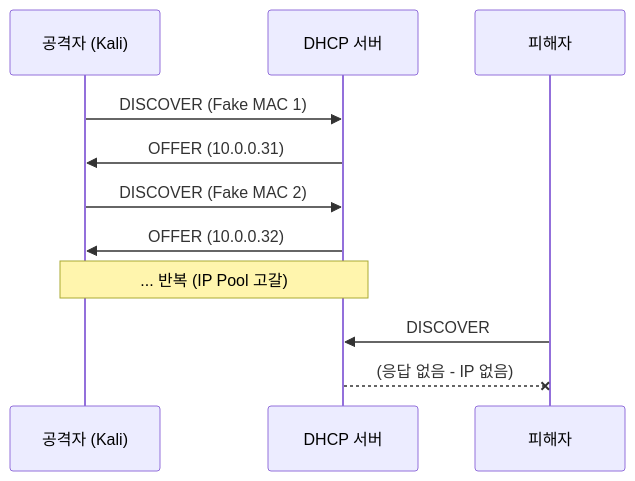
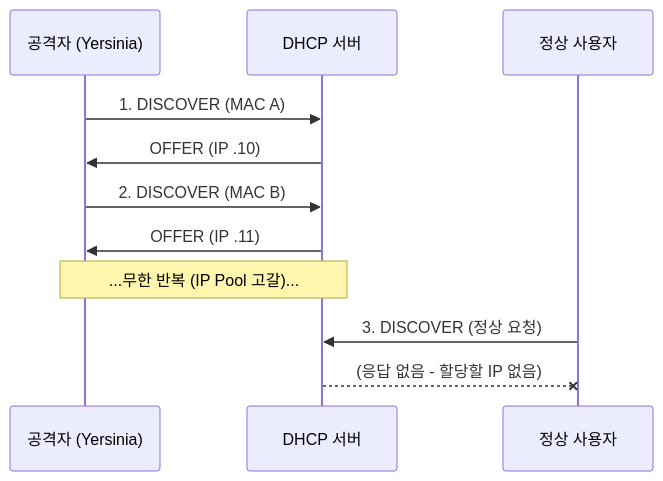
Before and after one commit to HamaPr/HamaPr.github.io: the diagram in _posts/hacking-tools/2025-11-07-Yersinia_study.md, drawn with Mermaid. The commit also changed other lines of this file and 94 other files, not shown here.

````diff
--- a/_posts/hacking-tools/2025-11-07-Yersinia_study.md
+++ b/_posts/hacking-tools/2025-11-07-Yersinia_study.md
@@ -24,14 +20,14 @@
 ```mermaid
 sequenceDiagram
-    participant A as 공격자 (Kali)
-    participant D as DHCP 서버
-    participant V as 피해자
+    participant Attacker as 공격자 (Yersinia)
+    participant Server as DHCP 서버
+    participant Victim as 정상 사용자
 
-    A->>D: DISCOVER (Fake MAC 1)
-    D->>A: OFFER (10.0.0.31)
-    A->>D: DISCOVER (Fake MAC 2)
-    D->>A: OFFER (10.0.0.32)
-    Note over A,D: ... 반복 (IP Pool 고갈)
-    V->>D: DISCOVER
-    D--xV: (응답 없음 - IP 없음)
+    Attacker->>Server: 1. DISCOVER (MAC A)
+    Server->>Attacker: OFFER (IP .10)
+    Attacker->>Server: 2. DISCOVER (MAC B)
+    Server->>Attacker: OFFER (IP .11)
+    Note over Attacker,Server: ...무한 반복 (IP Pool 고갈)...
+    Victim->>Server: 3. DISCOVER (정상 요청)
+    Server--xVictim: (응답 없음 - 할당할 IP 없음)
 ```
````
